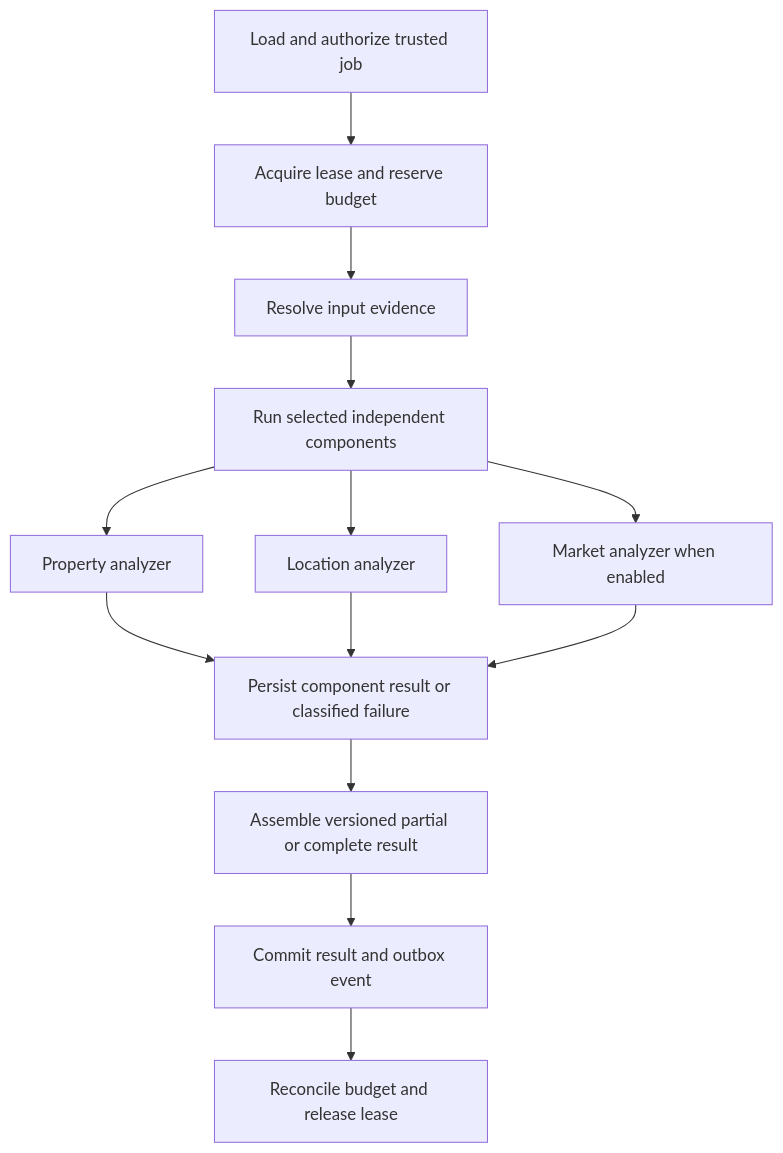
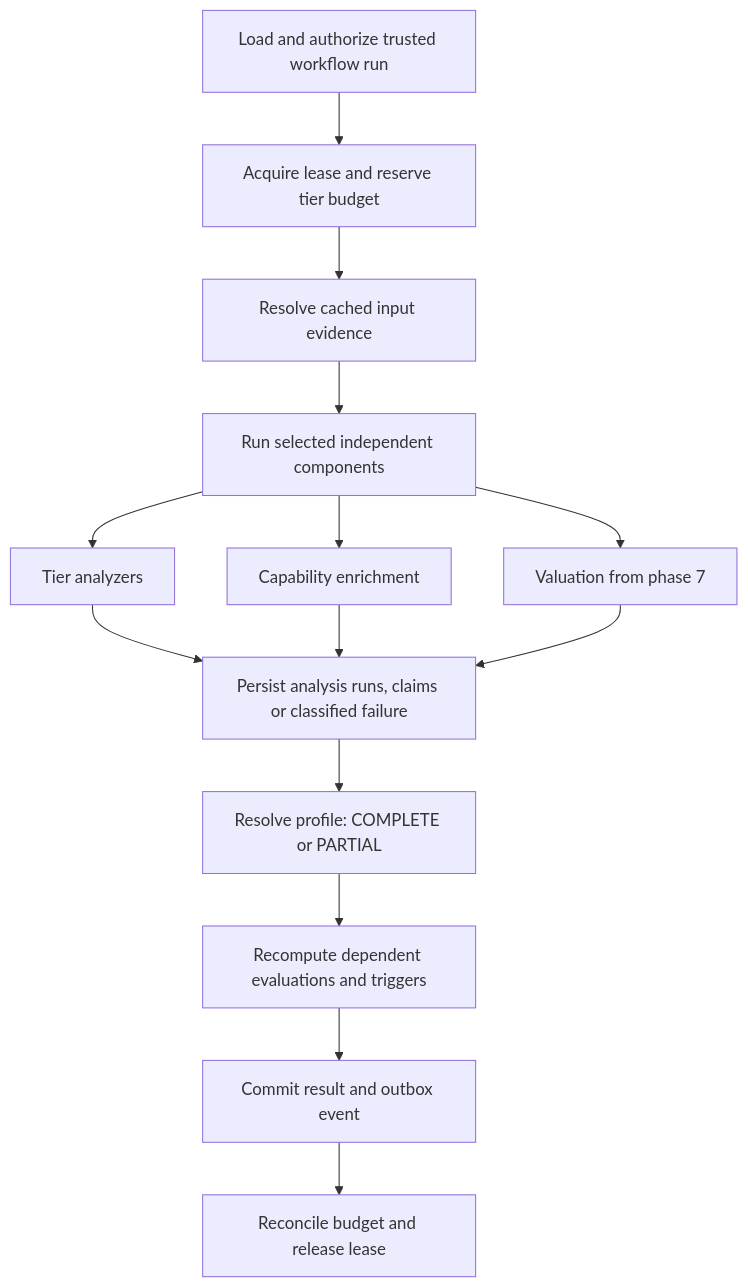
One commit to robsgreen/property-focus changed diagram 29 of 29 in specs/property-focus/master-plan.md. Above: the diagram before and after it, drawn with Mermaid. The commit also changed other lines of this file, not shown here.

First line of the commit message:
Align Property Focus master plan with the decision register

````diff
--- a/specs/property-focus/master-plan.md
+++ b/specs/property-focus/master-plan.md
@@ -999,15 +1498,16 @@
 ```mermaid
 flowchart TD
-    Load[Load and authorize trusted job] --> Acquire[Acquire lease and reserve budget]
-    Acquire --> Inputs[Resolve input evidence]
+    Load[Load and authorize trusted workflow run] --> Acquire[Acquire lease and reserve tier budget]
+    Acquire --> Inputs[Resolve cached input evidence]
     Inputs --> Parallel[Run selected independent components]
-    Parallel --> Property[Property analyzer]
-    Parallel --> Location[Location analyzer]
-    Parallel --> Market[Market analyzer when enabled]
-    Property --> Persist[Persist component result or classified failure]
-    Location --> Persist
-    Market --> Persist
-    Persist --> Assemble[Assemble versioned partial or complete result]
-    Assemble --> Commit[Commit result and outbox event]
+    Parallel --> Analyzers[Tier analyzers]
+    Parallel --> Enrich[Capability enrichment]
+    Parallel --> Valuation[Valuation from phase 7]
+    Analyzers --> Persist[Persist analysis runs, claims or classified failure]
+    Enrich --> Persist
+    Valuation --> Persist
+    Persist --> Assemble[Resolve profile: COMPLETE or PARTIAL]
+    Assemble --> Evaluate[Recompute dependent evaluations and triggers]
+    Evaluate --> Commit[Commit result and outbox event]
     Commit --> Release[Reconcile budget and release lease]
 ```
````
